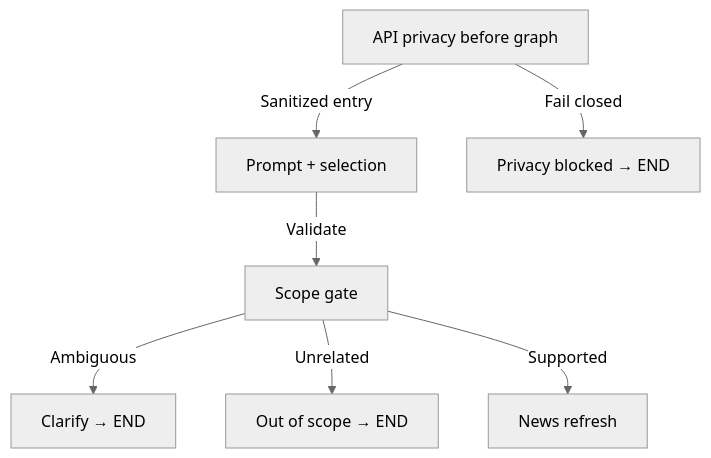
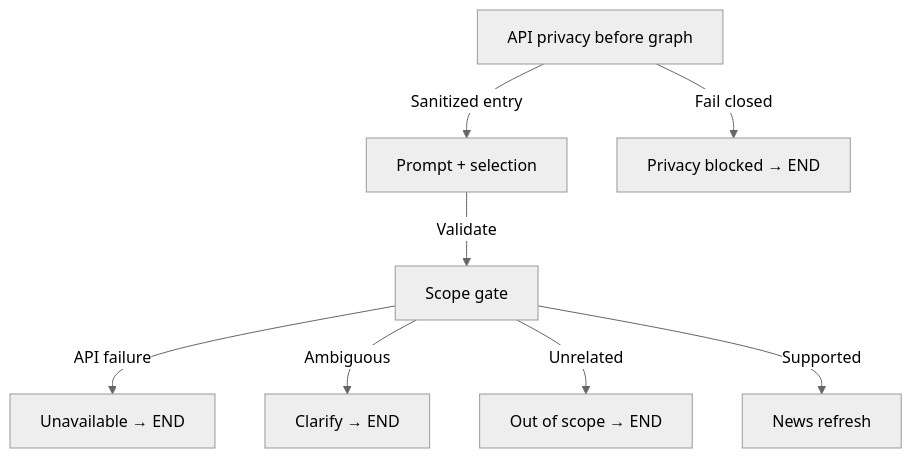
The diagram in public/downloads/finance-diagrams/company-en.mmd (ByronHo68/ai-learning-academy), drawn with Mermaid (neutral theme) before and after one commit. The commit also changed 81 other files, not shown here.

```diff
--- a/public/downloads/finance-diagrams/company-en.mmd
+++ b/public/downloads/finance-diagrams/company-en.mmd
@@ -1,14 +1,16 @@
 flowchart TD
   n0["API privacy before graph"]
   n1["Prompt + selection"]
   n2["Privacy blocked → END"]
   n3["Scope gate"]
-  n4["Clarify → END"]
-  n5["Out of scope → END"]
-  n6["News refresh"]
+  n4["Unavailable → END"]
+  n5["Clarify → END"]
+  n6["Out of scope → END"]
+  n7["News refresh"]
   n0 -- "Sanitized entry" --> n1
   n0 -- "Fail closed" --> n2
   n1 -- "Validate" --> n3
-  n3 -- "Ambiguous" --> n4
-  n3 -- "Unrelated" --> n5
-  n3 -- "Supported" --> n6
+  n3 -- "API failure" --> n4
+  n3 -- "Ambiguous" --> n5
+  n3 -- "Unrelated" --> n6
+  n3 -- "Supported" --> n7
```
